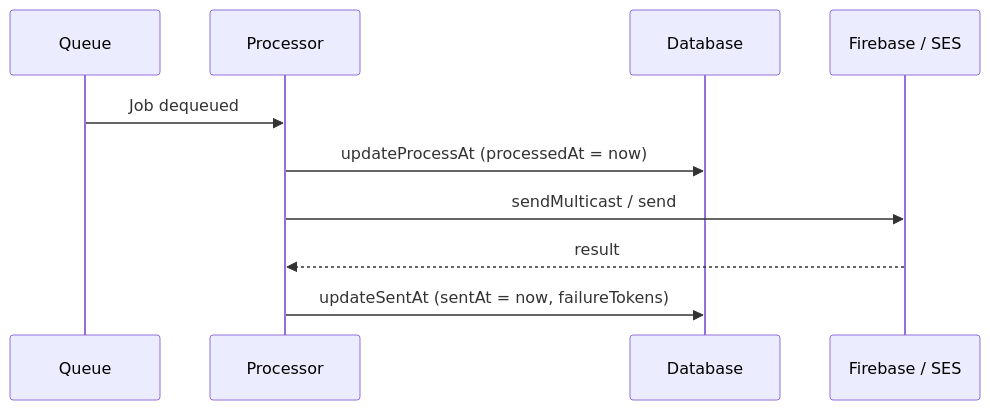
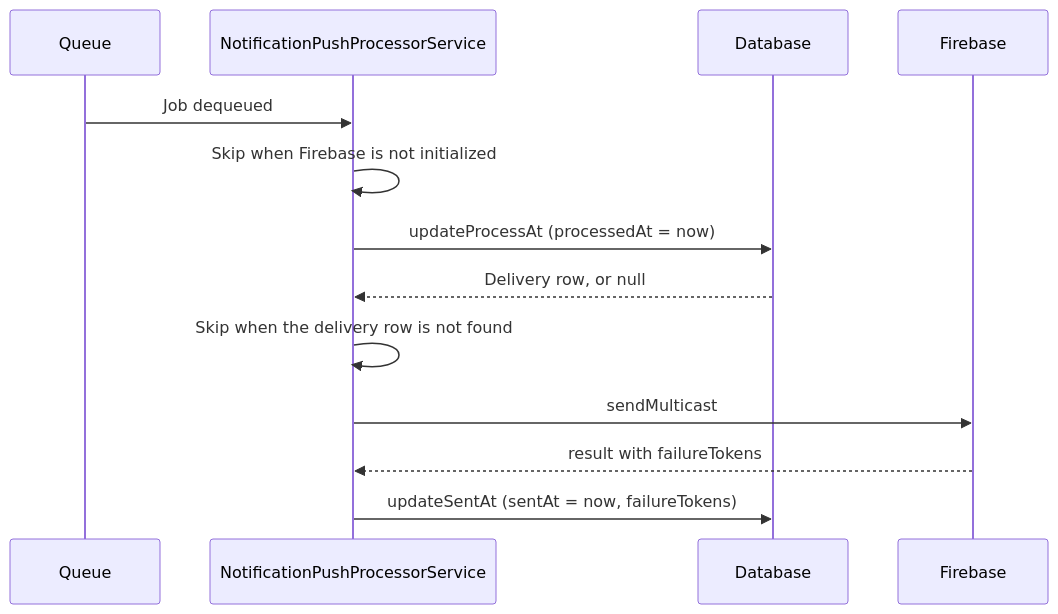
The second of 2 diagrams in docs/notification.md (andrechristikan/ack-nestjs-boilerplate), drawn with Mermaid before and after one commit. The commit also changed other lines of this file and 62 other files, not shown here.

````diff
--- a/docs/notification.md
+++ b/docs/notification.md
@@ -254,13 +261,16 @@
 ```mermaid
 sequenceDiagram
     participant Q as Queue
-    participant P as Processor
+    participant P as NotificationPushProcessorService
     participant DB as Database
-    participant Ext as Firebase / SES
+    participant FCM as Firebase
 
     Q->>P: Job dequeued
+    P->>P: Skip when Firebase is not initialized
     P->>DB: updateProcessAt (processedAt = now)
-    P->>Ext: sendMulticast / send
-    Ext-->>P: result
+    DB-->>P: Delivery row, or null
+    P->>P: Skip when the delivery row is not found
+    P->>FCM: sendMulticast
+    FCM-->>P: result with failureTokens
     P->>DB: updateSentAt (sentAt = now, failureTokens)
 ```
````
